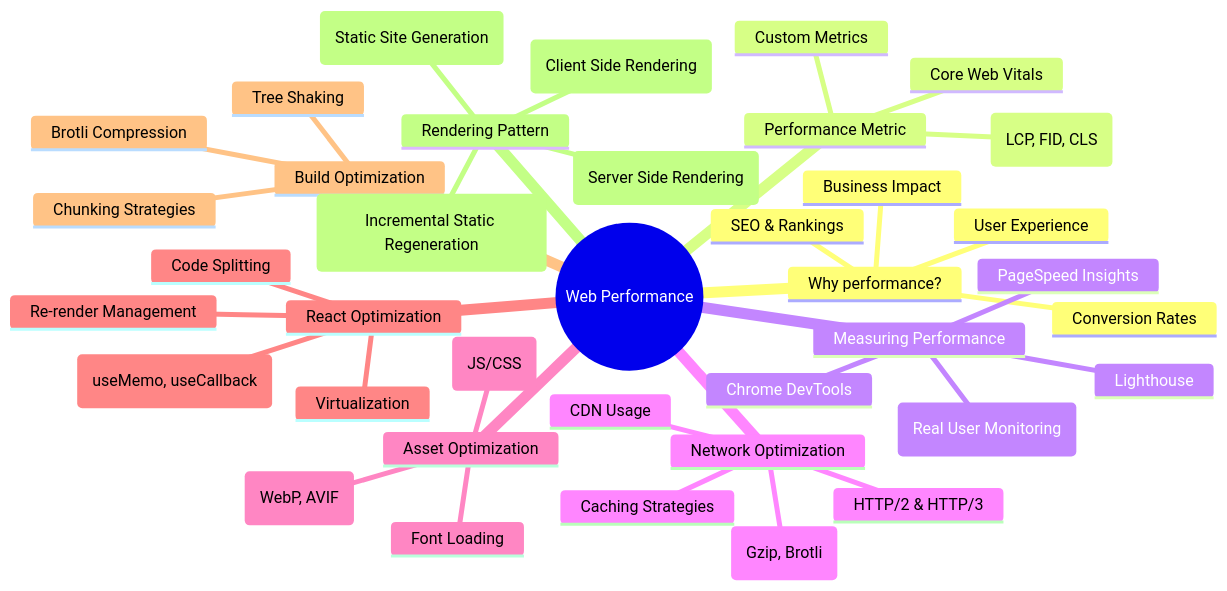
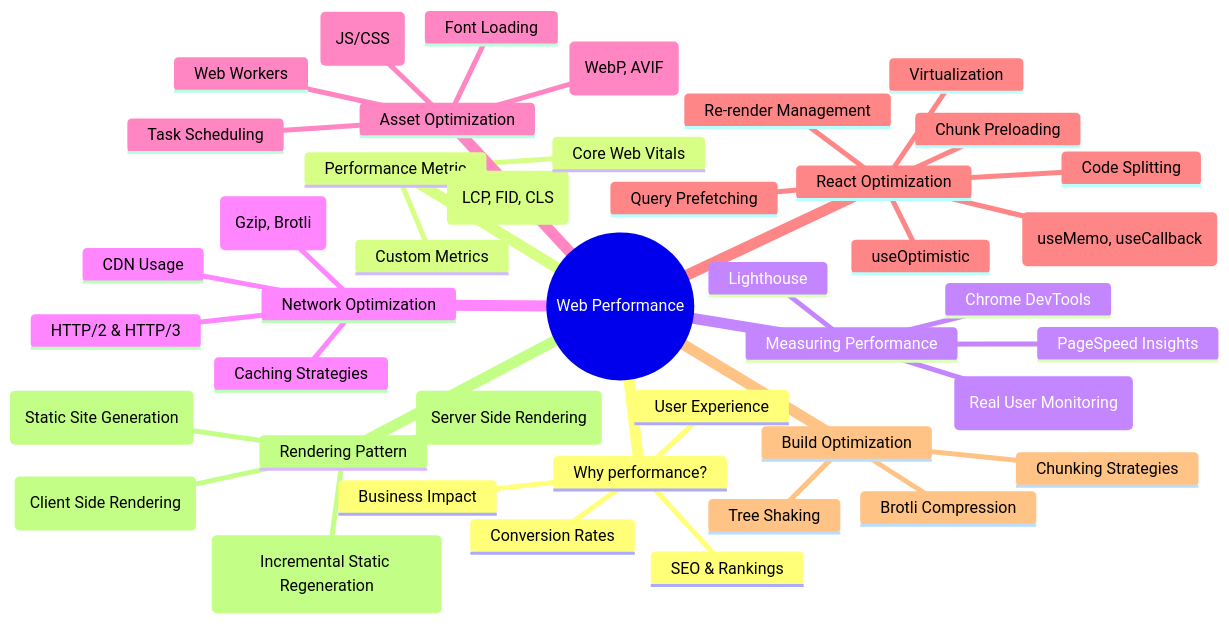
The first of 2 diagrams in Performance/README.md (kumaratul60/System-Design), drawn with Mermaid before and after one commit. The commit also changed other lines of this file and 3 other files, not shown here.

Commit message:
Enhance documentation: add sections on Custom Metrics, User Timing API, Main Thread Offloading, Task Scheduling, and Optimistic UI Updates, along with implementation examples for improved frontend performance strategies.

````diff
--- a/Performance/README.md
+++ b/Performance/README.md
@@ -9,41 +9,46 @@
 ```mermaid
 mindmap
   root((Web Performance))
     Why performance?
       User Experience
       SEO & Rankings
       Conversion Rates
       Business Impact
     Performance Metric
       Web Vitals (LCP, FID, CLS)
       Core Web Vitals
       Custom Metrics
     Measuring Performance
       Lighthouse
       PageSpeed Insights
       Chrome DevTools
       RUM (Real User Monitoring)
     Network Optimization
       HTTP/2 & HTTP/3
       CDN Usage
       Compression (Gzip, Brotli)
       Caching Strategies
     Asset Optimization
       Image Optimization (WebP, AVIF)
       Minification (JS/CSS)
       Font Loading
+      Web Workers
+      Task Scheduling
     React Optimization
       Memoization (useMemo, useCallback)
       Code Splitting
       Virtualization
       Re-render Management
+      useOptimistic
+      Query Prefetching
+      Chunk Preloading
     Build Optimization
       Tree Shaking
       Chunking Strategies
       Brotli Compression
     Rendering Pattern
       SSR (Server Side Rendering)
       CSR (Client Side Rendering)
       SSG (Static Site Generation)
       ISR (Incremental Static Regeneration)
 ```
````
